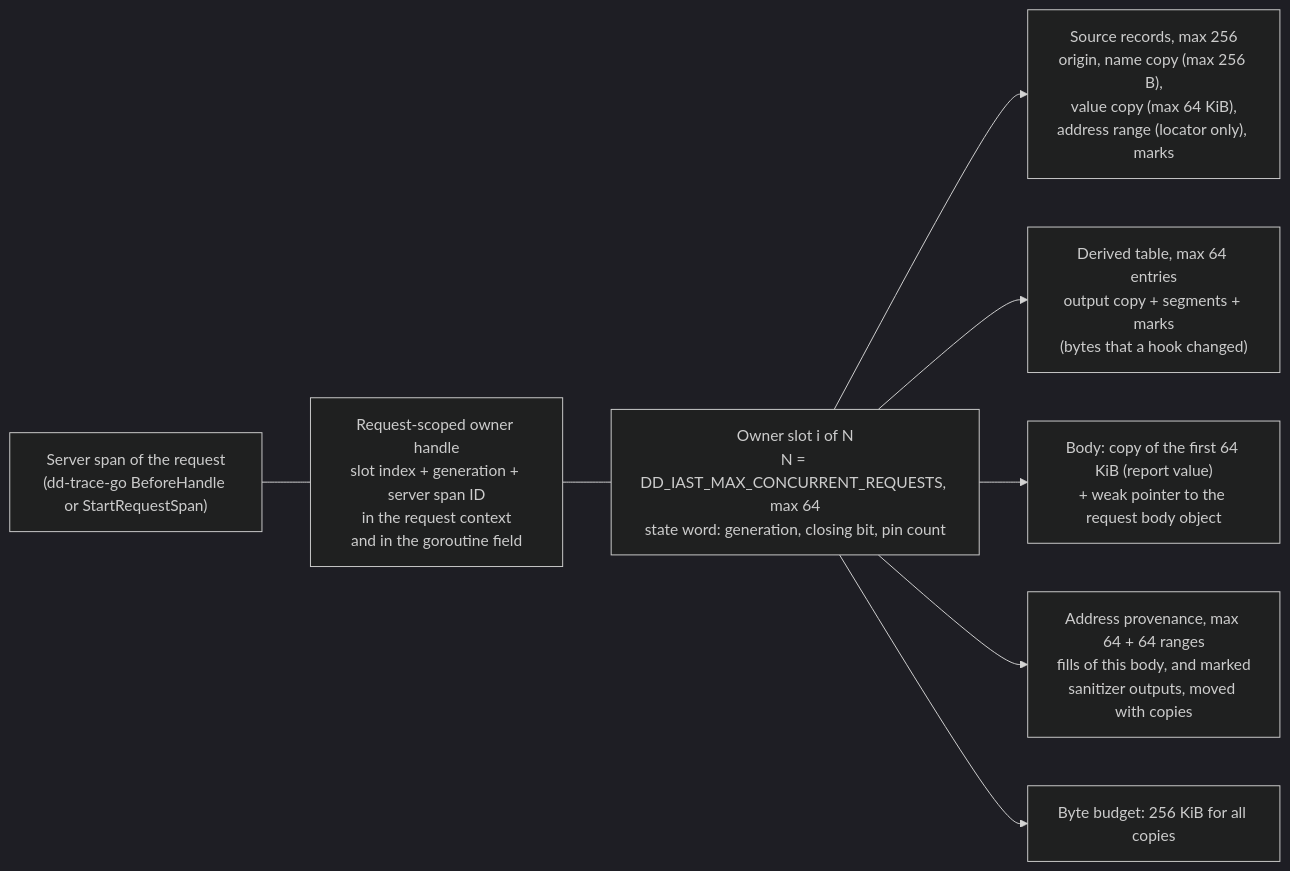
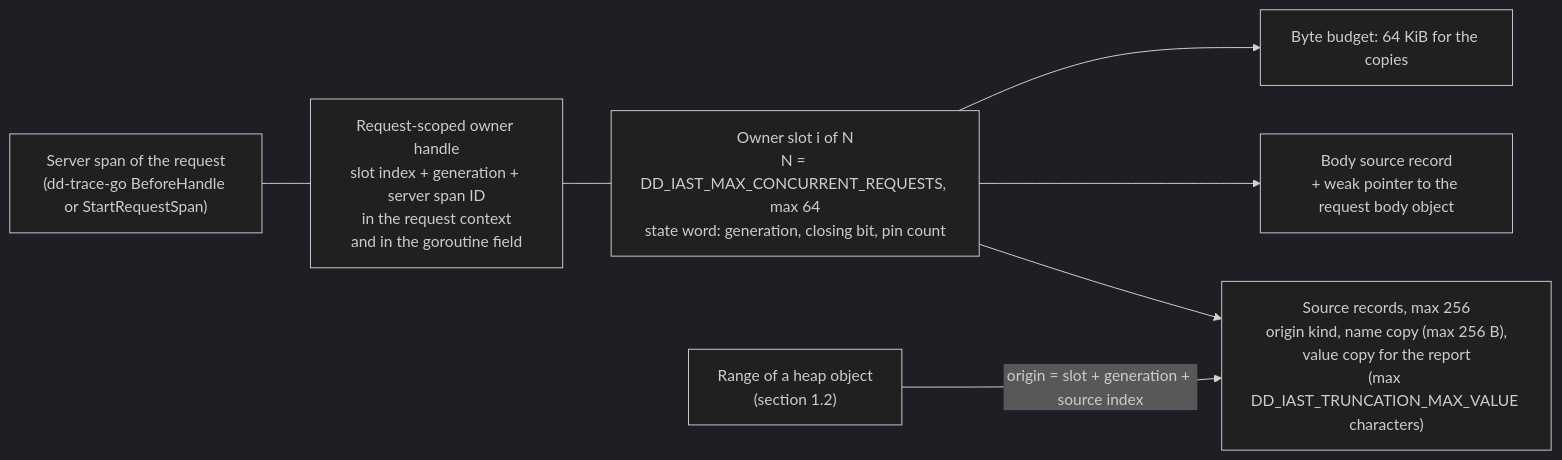
Before and after one commit to DataDog/dd-iast-go: the third of 7 diagrams in _docs/design/taint-tracking-v0.md, drawn with Mermaid (dark theme). The commit also changed other lines of this file, not shown here.

First line of the commit message:
docs(design): v5, track the origin on heap address ranges

````diff
--- a/_docs/design/taint-tracking-v0.md
+++ b/_docs/design/taint-tracking-v0.md
@@ -336,10 +384,9 @@
 ```mermaid
 flowchart LR
   SS["Server span of the request<br/>(dd-trace-go BeforeHandle or StartRequestSpan)"] --- H["Request-scoped owner handle<br/>slot index + generation + server span ID<br/>in the request context<br/>and in the goroutine field"]
   H --- OW["Owner slot i of N<br/>N = DD_IAST_MAX_CONCURRENT_REQUESTS, max 64<br/>state word: generation, closing bit, pin count"]
-  OW --> SR["Source records, max 256<br/>origin, name copy (max 256 B),<br/>value copy (max 64 KiB),<br/>address range (locator only), marks"]
-  OW --> DT["Derived table, max 64 entries<br/>output copy + segments + marks<br/>(bytes that a hook changed)"]
-  OW --> BC["Body: copy of the first 64 KiB (report value)<br/>+ weak pointer to the request body object"]
-  OW --> AP["Address provenance, max 64 + 64 ranges<br/>fills of this body, and marked<br/>sanitizer outputs, moved with copies"]
-  OW --> BUD["Byte budget: 256 KiB for all copies"]
+  OW --> SR["Source records, max 256<br/>origin kind, name copy (max 256 B),<br/>value copy for the report<br/>(max DD_IAST_TRUNCATION_MAX_VALUE characters)"]
+  OW --> BD["Body source record<br/>+ weak pointer to the request body object"]
+  OW --> BUD["Byte budget: 64 KiB for the copies"]
+  RR["Range of a heap object<br/>(section 1.2)"] -- "origin = slot + generation + source index" --> SR
 ```
````
